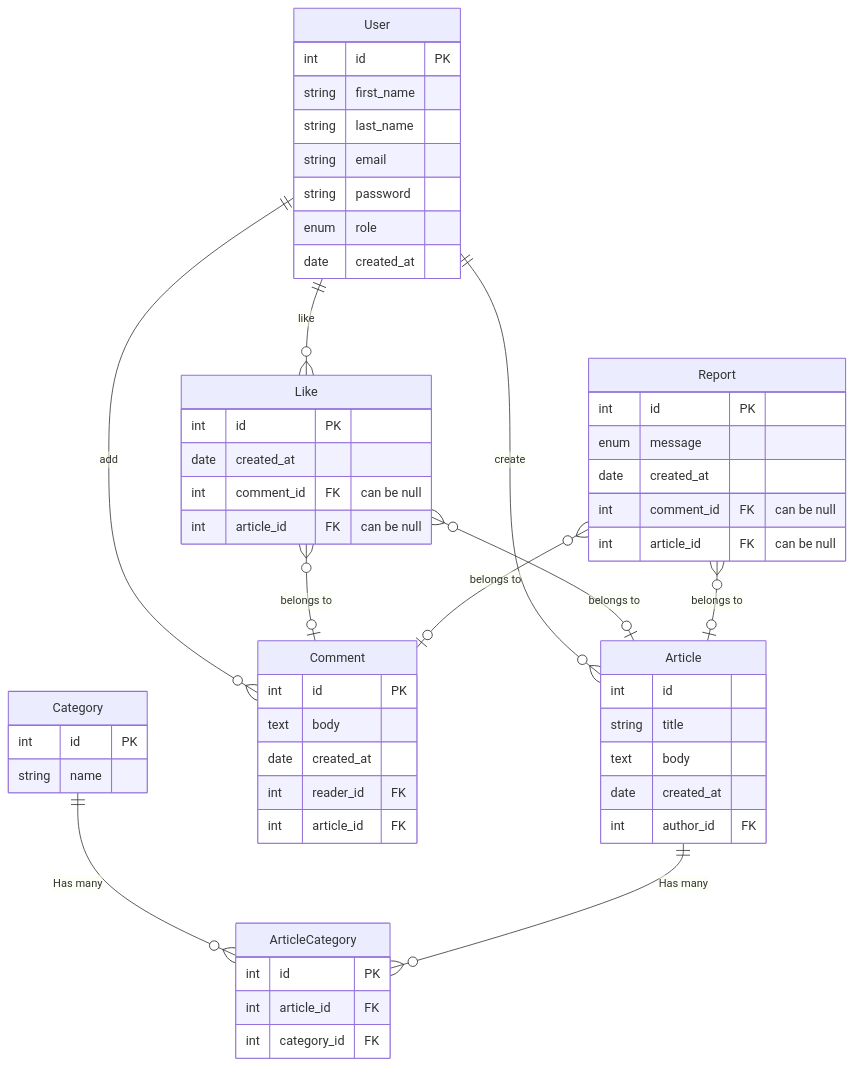
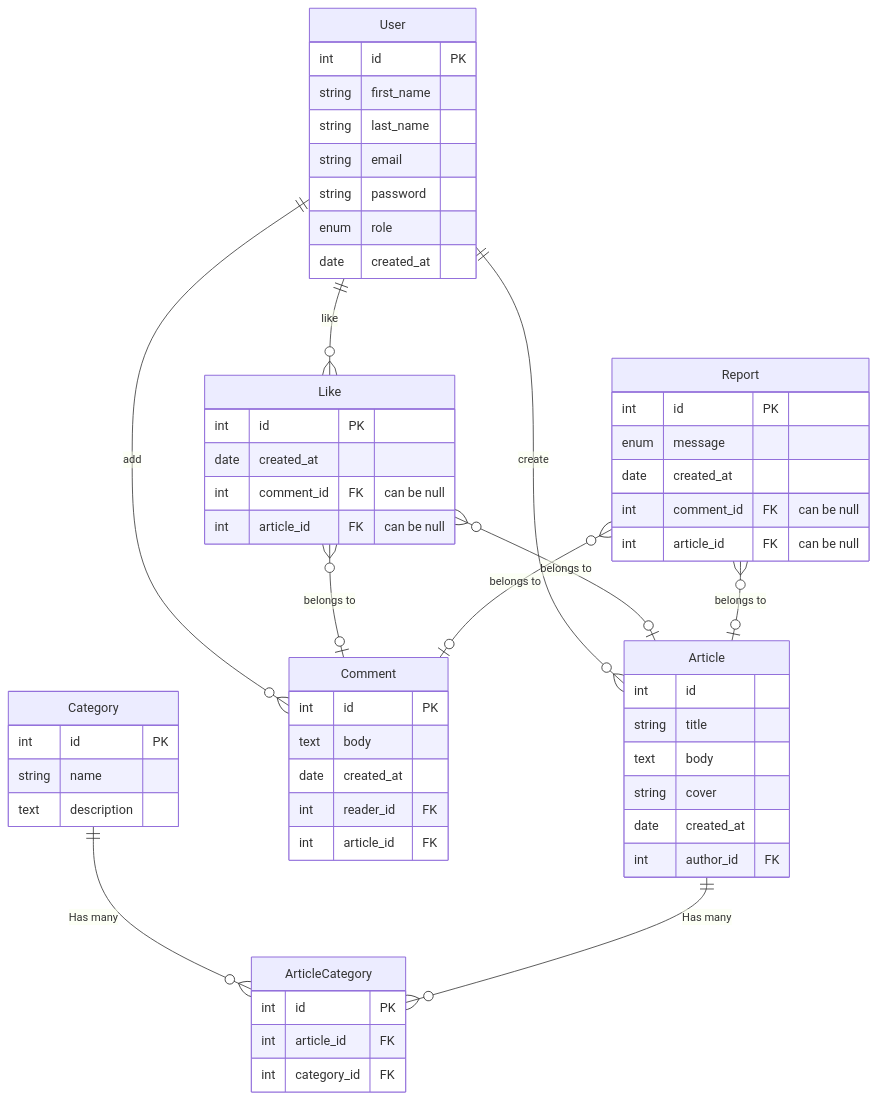
The diagram in conception/ERD.md (Badr-Eddine-Slaoui/YouCodeFirstYearSprintFourBriefTwo), drawn with Mermaid before and after one commit.

Commit message:
Update ER Diagram

````diff
--- a/conception/ERD.md
+++ b/conception/ERD.md
@@ -1,74 +1,76 @@
 ```mermaid
 erDiagram
     User {
         int id PK
         string first_name
         string last_name
         string email
         string password
         enum role
         date created_at
     }
 
 
     Article{
         int id
         string title
         text body
+        string cover
         date created_at
         int author_id FK
     }
 
 
     Comment {
         int id PK
         text body
         date created_at
         int reader_id FK
         int article_id FK
     }
 
     Like {
         int id PK
         date created_at
         int comment_id FK "can be null"
         int article_id FK "can be null"
     }
 
     Category {
         int id PK
         string name
+        text description
     }
 
     Report {
         int id PK
         enum message
         date created_at
         int comment_id FK "can be null"
         int article_id FK "can be null"
     }
 
     ArticleCategory{
         int id PK
         int article_id FK
         int category_id FK
     }
 
     User ||--o{ Article : create
 
     User ||--o{ Comment : add
 
     User ||--o{ Like : like
 
     Category ||--o{ ArticleCategory : "Has many"
 
     Article ||--o{ ArticleCategory : "Has many"
 
     Like }o--|o Comment : "belongs to"
 
     Like }o--|o Article : "belongs to"
 
     Report }o--|o Comment : "belongs to"
 
     Report }o--|o Article : "belongs to"
 ```
````
